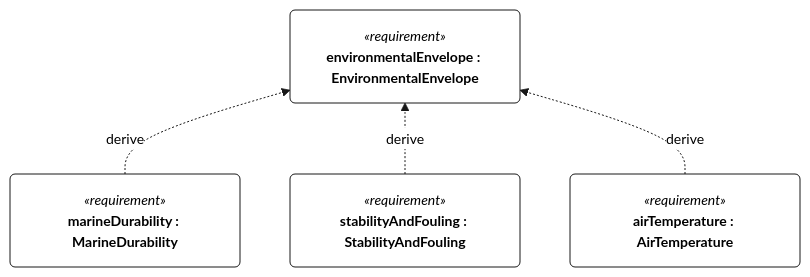
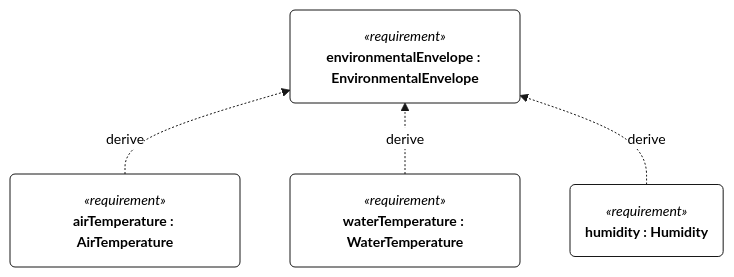
Before and after one commit to DavidIngraham/sv-blue-dog: the first of 2 diagrams in docs/figures/requirements-n-001.md, drawn with Mermaid. The commit also changed other lines of this file and 130 other files, not shown here.

````diff
--- a/docs/figures/requirements-n-001.md
+++ b/docs/figures/requirements-n-001.md
@@ -29,43 +25,43 @@
 ```mermaid
 ---
 config:
   fontFamily: "Helvetica, Arial, sans-serif"
   theme: base
   themeCSS: ".edgeLabel rect { opacity: 1 !important; } .cluster-label .nodeLabel { text-align: center; }"
   themeVariables:
     fontFamily: "Helvetica, Arial, sans-serif"
     fontSize: "14px"
     primaryColor: "#FFFFFF"
     secondaryColor: "#FFFFFF"
     tertiaryColor: "#FFFFFF"
     background: "#FFFFFF"
     primaryBorderColor: "#181818"
     primaryTextColor: "#000000"
     lineColor: "#181818"
     textColor: "#000000"
     noteBkgColor: "#FEFFDD"
     noteBorderColor: "#181818"
     noteTextColor: "#000000"
     clusterBkg: "#FFFFFF"
     clusterBorder: "#181818"
     edgeLabelBackground: "#FFFFFF"
 ---
 %% BlueDogViews::environmentalEnvelope1 — requirement rendering (view def GeneralView, filter @RequirementUsage)
-%% not represented: 161 node(s) without a position, left undrawn, and 249 edge(s) at them
+%% not represented: 85 node(s) without a position, left undrawn, and 99 edge(s) at them
 %% layout: n0 x=0 y=0
 %% layout: n1 x=0 y=200
 %% layout: n2 x=300 y=200
 %% layout: n3 x=600 y=200
 flowchart BT
   n0("`*«requirement»*
 **environmentalEnvelope : EnvironmentalEnvelope**`")
   n1("`*«requirement»*
-**marineDurability : MarineDurability**`")
+**airTemperature : AirTemperature**`")
   n2("`*«requirement»*
-**stabilityAndFouling : StabilityAndFouling**`")
+**waterTemperature : WaterTemperature**`")
   n3("`*«requirement»*
-**airTemperature : AirTemperature**`")
+**humidity : Humidity**`")
   n1 -.->|"derive"| n0
   n2 -.->|"derive"| n0
   n3 -.->|"derive"| n0
 ```
````
